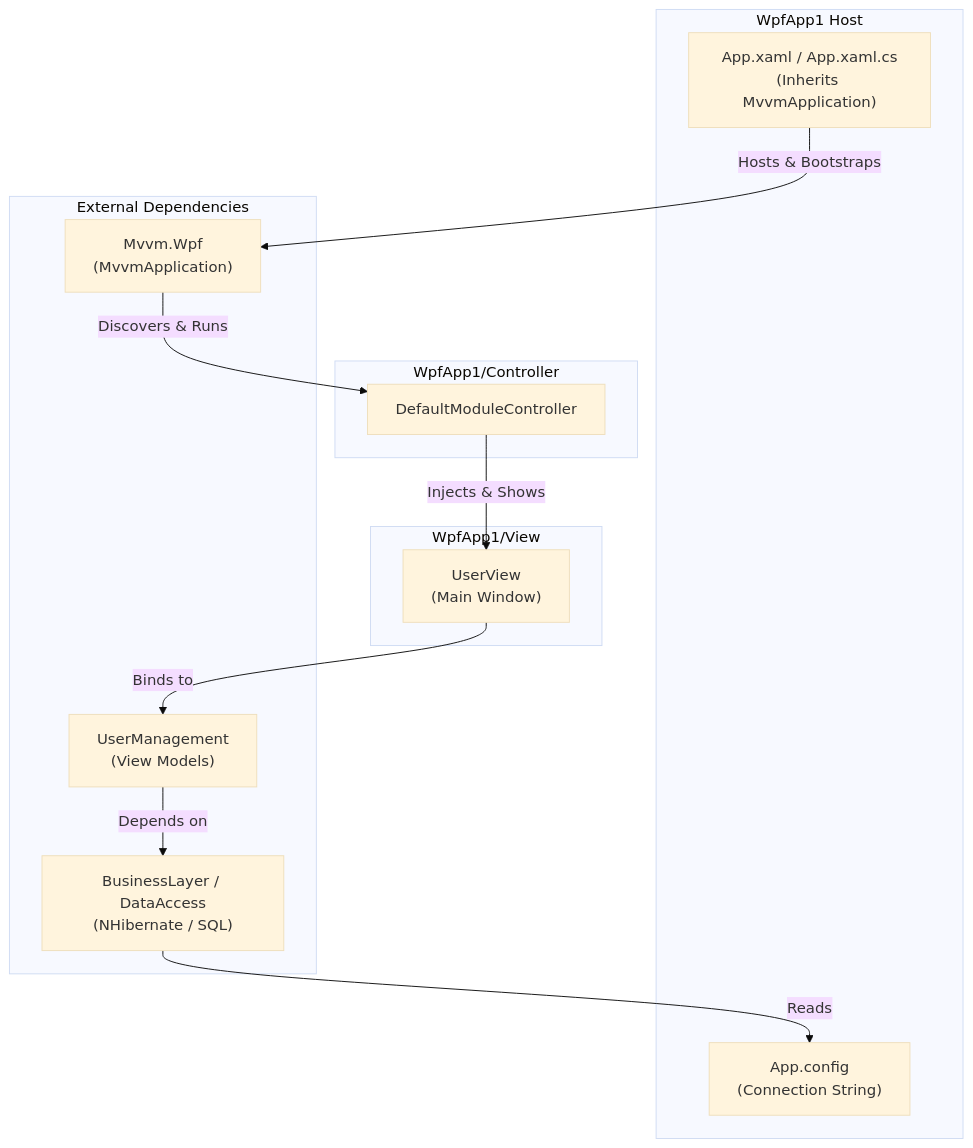
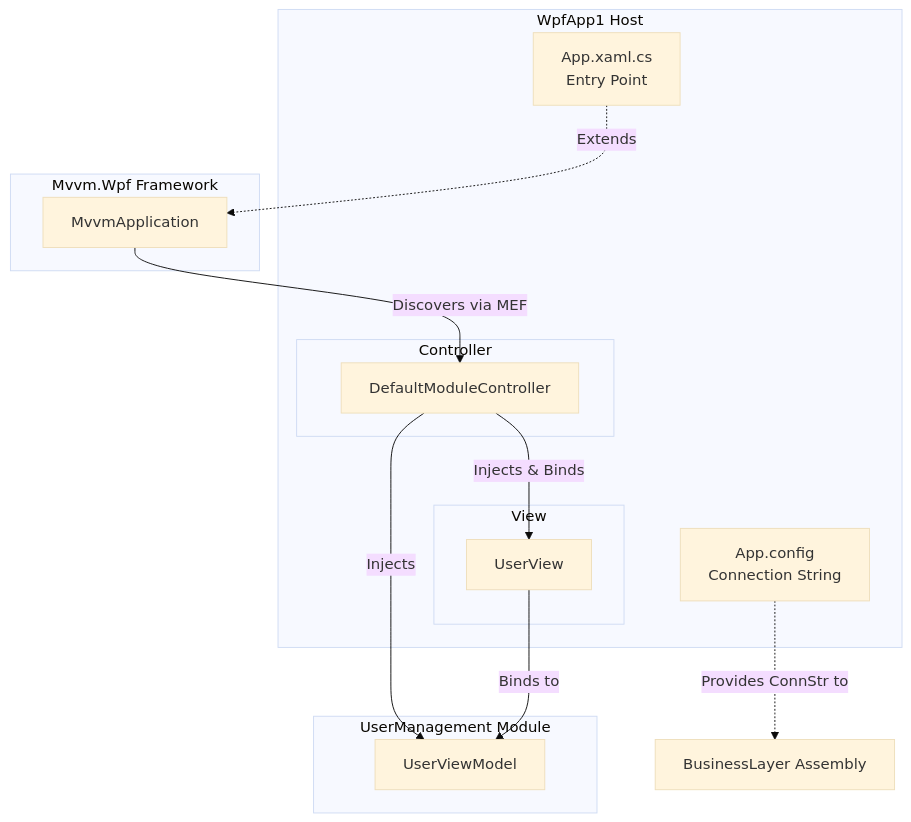
One commit to wetzlmaier-scch/mvvm changed the diagram in doc/WpfApp1.md. Above: the diagram before and after it, drawn with Mermaid (base theme). The commit also changed other lines of this file and 111 other files, not shown here.

````diff
--- a/doc/WpfApp1.md
+++ b/doc/WpfApp1.md
@@ -24,28 +23,31 @@
 ```mermaid
 flowchart TD
     subgraph "WpfApp1 Host"
-        App["App.xaml / App.xaml.cs<br/>(Inherits MvvmApplication)"]
-        Config["App.config<br/>(Connection String)"]
+        App[App.xaml.cs<br/>Entry Point]
+        Config[App.config<br/>Connection String]
+        
+        subgraph "Controller"
+            DMC[DefaultModuleController]
+        end
+        
+        subgraph "View"
+            UV[UserView]
+        end
     end
-
-    subgraph "WpfApp1/Controller"
-        DMC["DefaultModuleController"]
+    
+    subgraph "Mvvm.Wpf Framework"
+        MvvmApp[MvvmApplication]
     end
-
-    subgraph "WpfApp1/View"
-        UserView["UserView<br/>(Main Window)"]
+    
+    subgraph "UserManagement Module"
+        VM[UserViewModel]
     end
-
-    subgraph "External Dependencies"
-        MvvmLib["Mvvm.Wpf<br/>(MvvmApplication)"]
-        UserMgmt["UserManagement<br/>(View Models)"]
-        DataLayer["BusinessLayer / DataAccess<br/>(NHibernate / SQL)"]
-    end
-
-    App -->|Hosts & Bootstraps| MvvmLib
-    MvvmLib -->|Discovers & Runs| DMC
-    DMC -->|Injects & Shows| UserView
-    UserView -->|Binds to| UserMgmt
-    UserMgmt -->|Depends on| DataLayer
-    DataLayer -->|Reads| Config
+    
+    App -.->|Extends| MvvmApp
+    MvvmApp -->|Discovers via MEF| DMC
+    DMC -->|Injects & Binds| UV
+    DMC -->|Injects| VM
+    UV -->|Binds to| VM
+    Config -.->|Provides ConnStr to| BusinessLayer
+    BusinessLayer[BusinessLayer Assembly]
 ```
````
